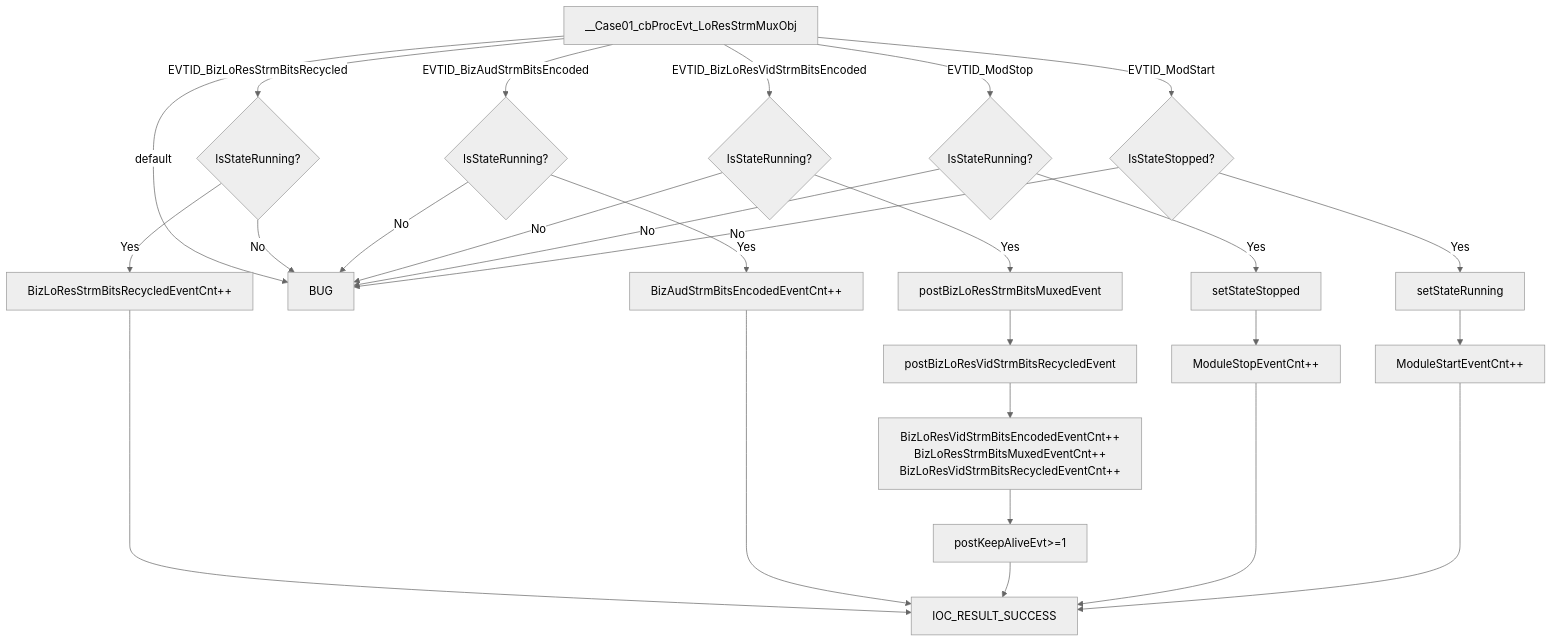
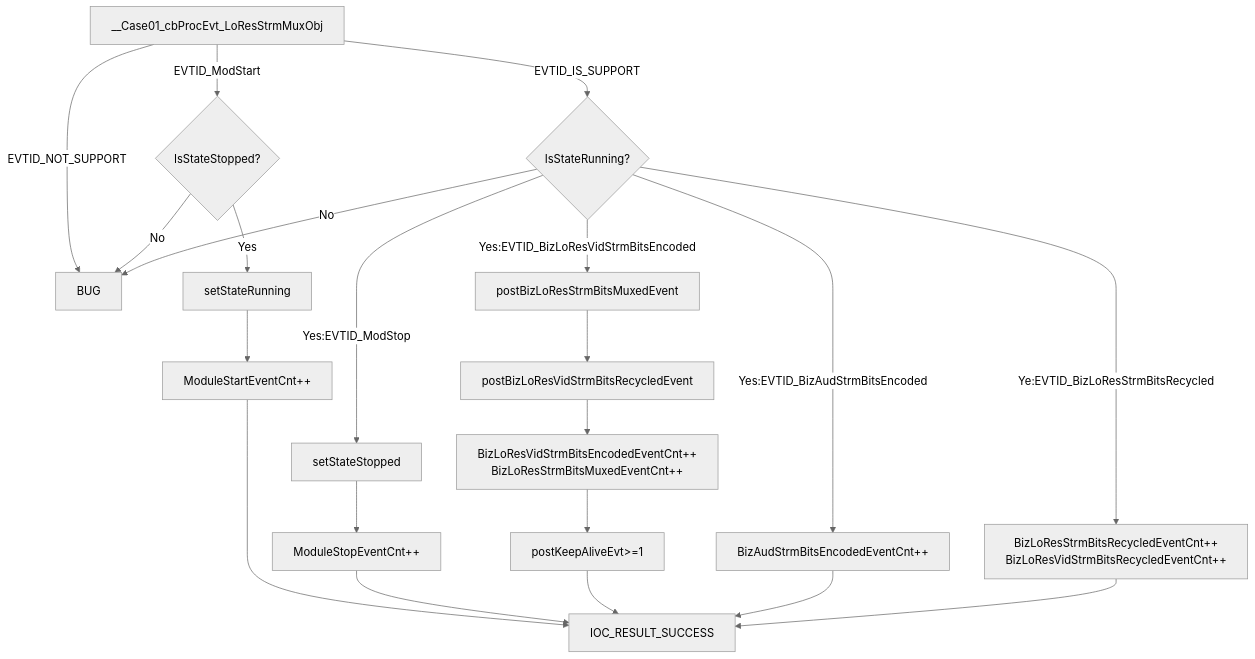
The fifth of 8 diagrams in Test/UT_ConlesEventDemoLiveCam.md (EnigmaWU/MyIOC_inTDD_withGHC), drawn with Mermaid (neutral theme) before and after one commit.

````diff
--- a/Test/UT_ConlesEventDemoLiveCam.md
+++ b/Test/UT_ConlesEventDemoLiveCam.md
@@ -86,34 +86,29 @@
 ```mermaid
 graph TD
+    A -->|EVTID_NOT_SUPPORT| F[BUG]
     A[__Case01_cbProcEvt_LoResStrmMuxObj] -->|EVTID_ModStart| B{IsStateStopped?}
     B -->|Yes| C[setStateRunning]
     C --> D[ModuleStartEventCnt++]
     D --> E[IOC_RESULT_SUCCESS]
     B -->|No| F[BUG]
     
-    A -->|EVTID_ModStop| G{IsStateRunning?}
-    G -->|Yes| H[setStateStopped]
+    A -->|EVTID_IS_SUPPORT| G{IsStateRunning?}
+
+    G -->|Yes:EVTID_ModStop| H[setStateStopped]
     H --> I[ModuleStopEventCnt++]
     I --> E[IOC_RESULT_SUCCESS]
     G -->|No| F[BUG]
     
-    A -->|EVTID_BizLoResVidStrmBitsEncoded| L{IsStateRunning?}
-    L -->|Yes| M[postBizLoResStrmBitsMuxedEvent]
+    G -->|Yes:EVTID_BizLoResVidStrmBitsEncoded| M[postBizLoResStrmBitsMuxedEvent]
     M --> N[postBizLoResVidStrmBitsRecycledEvent]
-    N --> O[BizLoResVidStrmBitsEncodedEventCnt++\nBizLoResStrmBitsMuxedEventCnt++\nBizLoResVidStrmBitsRecycledEventCnt++]
+    N --> O[BizLoResVidStrmBitsEncodedEventCnt++\nBizLoResStrmBitsMuxedEventCnt++]
     O --> P[postKeepAliveEvt>=1]
     P --> E[IOC_RESULT_SUCCESS]
-    L -->|No| F[BUG]
     
-    A -->|EVTID_BizAudStrmBitsEncoded| S{IsStateRunning?}
-    S -->|Yes| T[BizAudStrmBitsEncodedEventCnt++]
+    G -->|Yes:EVTID_BizAudStrmBitsEncoded| T[BizAudStrmBitsEncodedEventCnt++]
     T --> E[IOC_RESULT_SUCCESS]
-    S -->|No| F[BUG]
     
-    A -->|EVTID_BizLoResStrmBitsRecycled| W{IsStateRunning?}
-    W -->|Yes| X[BizLoResStrmBitsRecycledEventCnt++]
+    G -->|Ye:EVTID_BizLoResStrmBitsRecycled| X[BizLoResStrmBitsRecycledEventCnt++\nBizLoResVidStrmBitsRecycledEventCnt++]
     X --> E[IOC_RESULT_SUCCESS]
-    W -->|No| F[BUG]
     
-    A -->|default| F[BUG]
 ```
````
